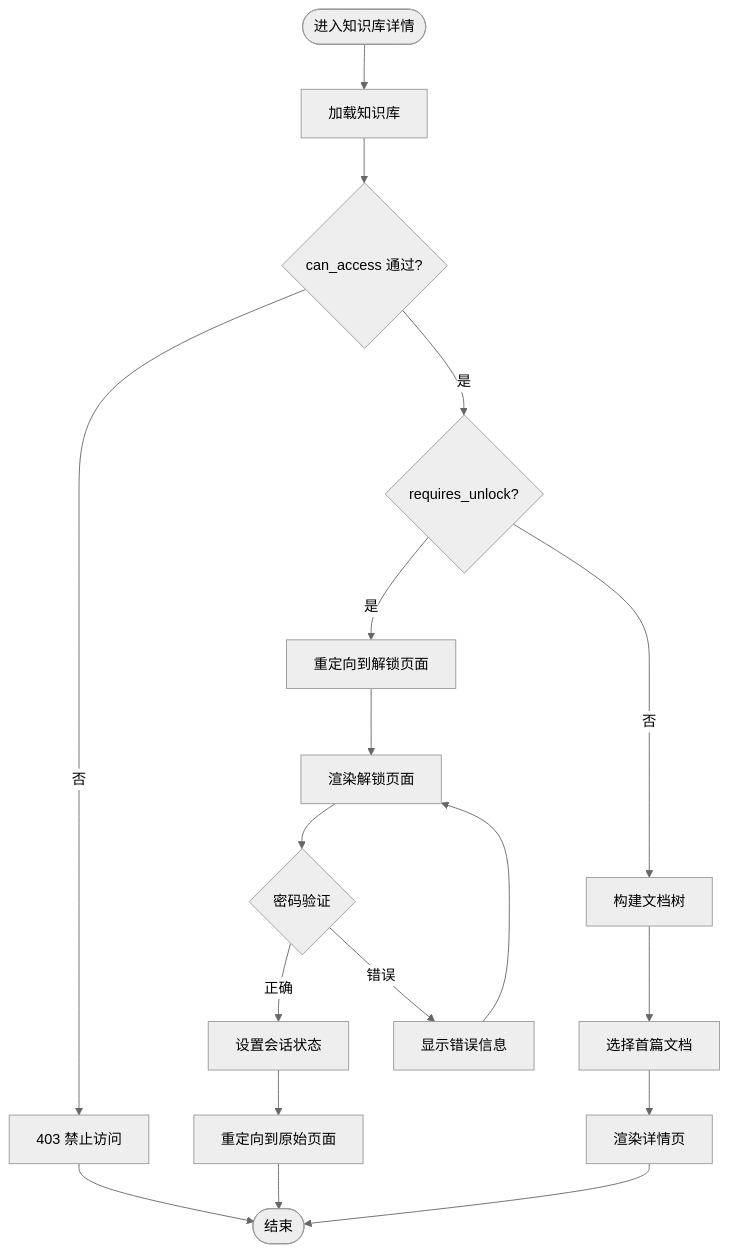
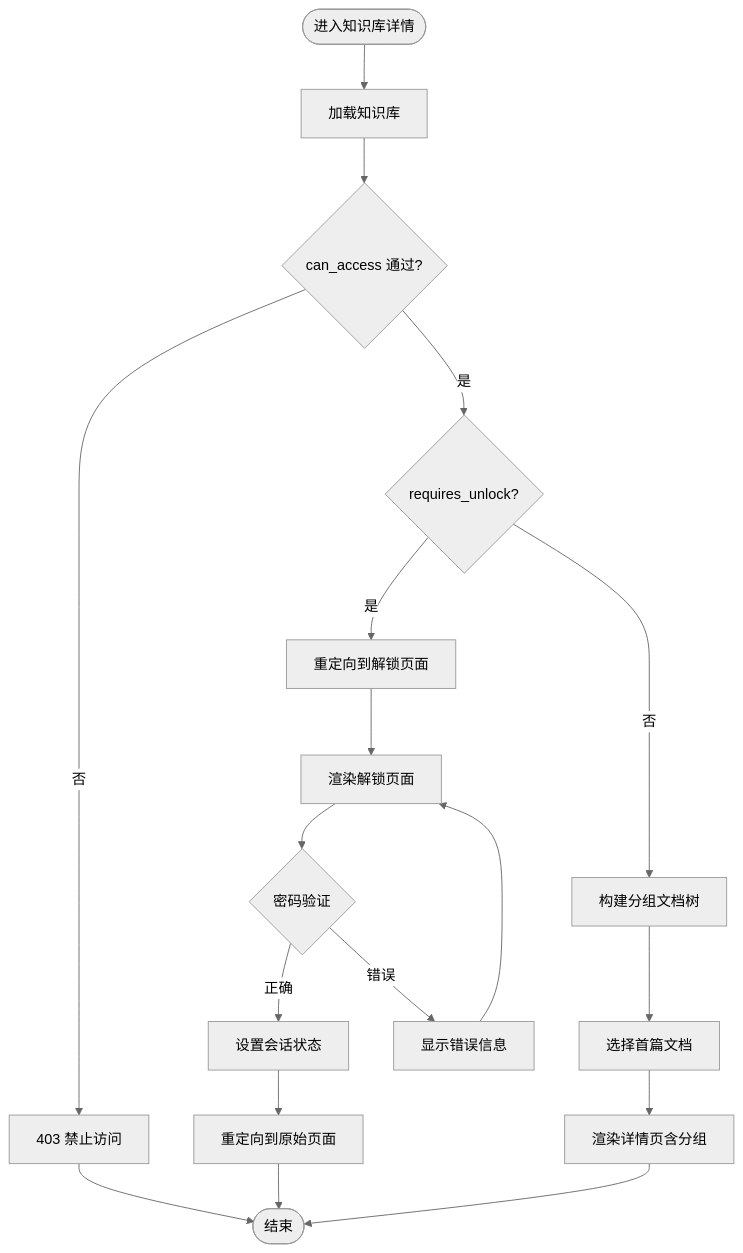
The third of 9 diagrams in .qoder/repowiki/zh/content/架构设计/蓝图系统设计/知识库蓝图 (Knowledge Base Blueprint).md (beyondalbert/my_wiki), drawn with Mermaid (neutral theme) before and after one commit. The commit also changed other lines of this file and 5 other files, not shown here.

````diff
--- a/.qoder/repowiki/zh/content/架构设计/蓝图系统设计/知识库蓝图 (Knowledge Base Blueprint).md
+++ b/.qoder/repowiki/zh/content/架构设计/蓝图系统设计/知识库蓝图 (Knowledge Base Blueprint).md
@@ -188,20 +204,20 @@
 ```mermaid
 flowchart TD
 Start(["进入知识库详情"]) --> LoadKB["加载知识库"]
 LoadKB --> CheckAccess{"can_access 通过?"}
 CheckAccess -- 否 --> Deny["403 禁止访问"]
 CheckAccess -- 是 --> CheckUnlock{"requires_unlock?"}
 CheckUnlock -- 是 --> RedirectUnlock["重定向到解锁页面"]
-CheckUnlock -- 否 --> BuildTree["构建文档树"]
+CheckUnlock -- 否 --> BuildTree["构建分组文档树"]
 RedirectUnlock --> UnlockPage["渲染解锁页面"]
 UnlockPage --> ValidatePassword{"密码验证"}
 ValidatePassword -- 正确 --> SetSession["设置会话状态"]
 SetSession --> RedirectBack["重定向到原始页面"]
 ValidatePassword -- 错误 --> ShowError["显示错误信息"]
 ShowError --> UnlockPage
 BuildTree --> SelectFirst["选择首篇文档"]
-SelectFirst --> Render["渲染详情页"]
+SelectFirst --> Render["渲染详情页含分组"]
 Deny --> End(["结束"])
 Render --> End
 RedirectBack --> End
 ```
````
